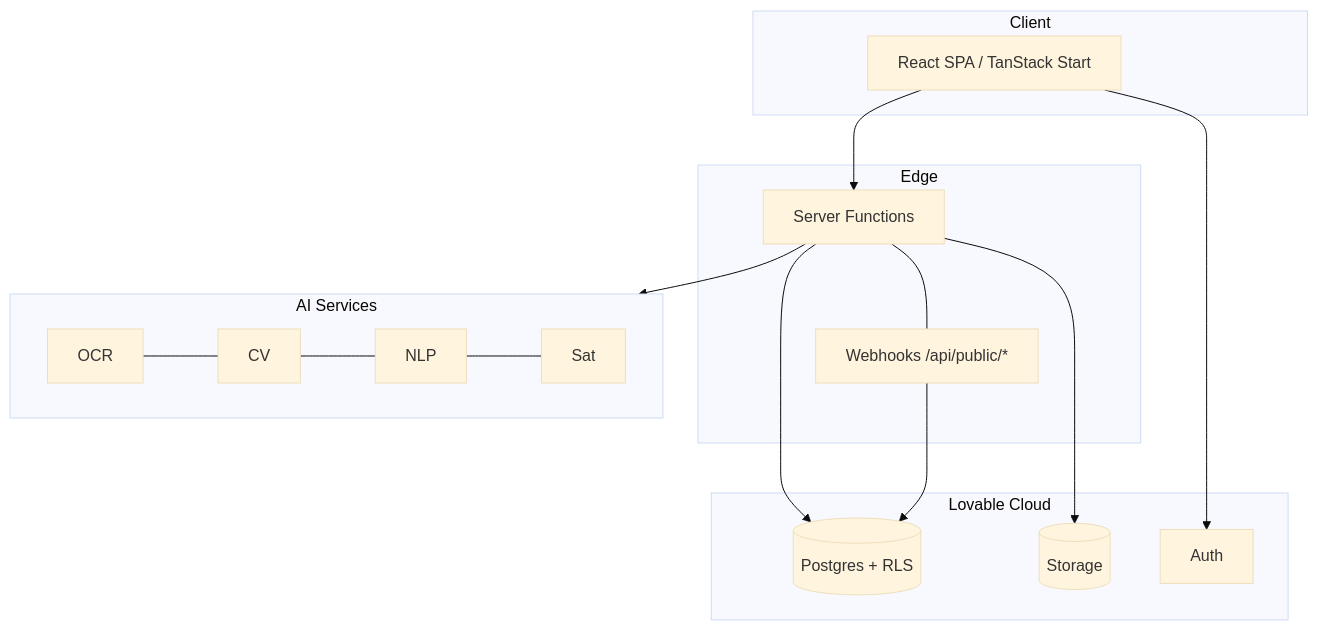
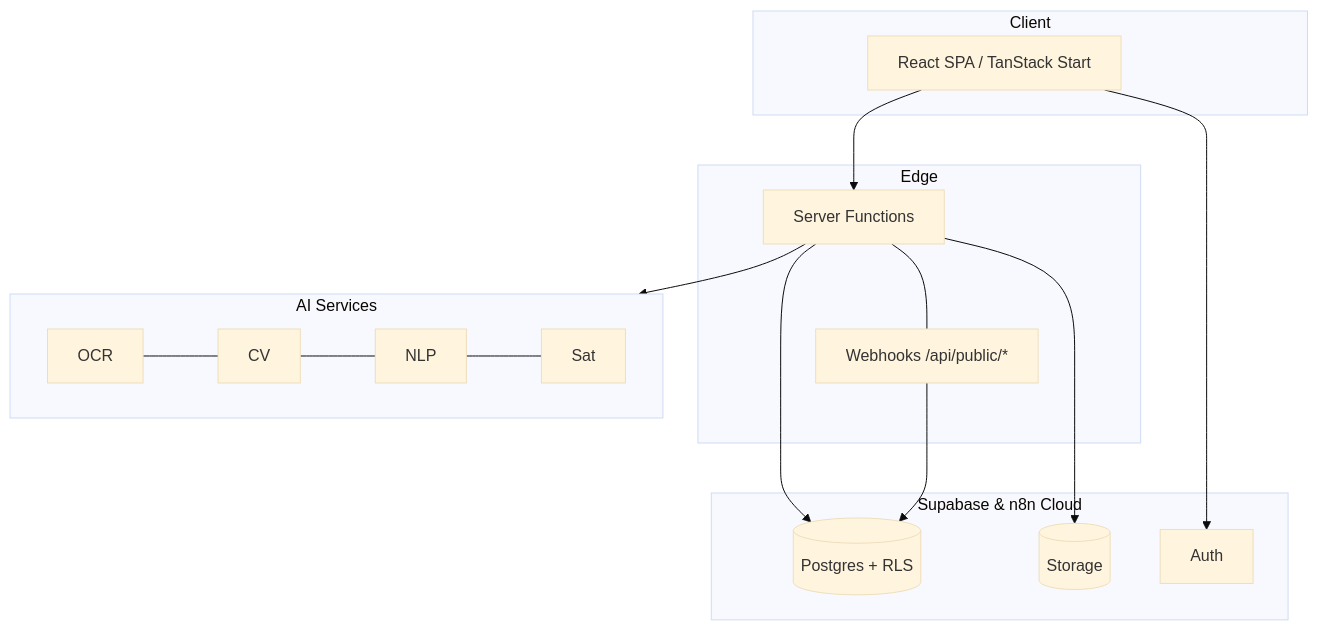
The eighth of 9 diagrams in DOCUMENTATION.md (vkashyapram-byte/terratrust-v2), drawn with Mermaid (base theme) before and after one commit. The commit also changed other lines of this file and 369 other files, not shown here.

````diff
--- a/DOCUMENTATION.md
+++ b/DOCUMENTATION.md
@@ -742,22 +657,22 @@
 ```mermaid
 flowchart TB
   subgraph Client
     UI[React SPA / TanStack Start]
   end
   subgraph Edge
     SF[Server Functions] --- Web[Webhooks /api/public/*]
   end
-  subgraph Cloud[Lovable Cloud]
+  subgraph Cloud[Supabase & n8n Cloud]
     DB[(Postgres + RLS)]
     Store[(Storage)]
     Auth[Auth]
   end
   subgraph AI[AI Services]
     OCR --- CV --- NLP --- Sat
   end
   UI --> SF --> DB
   UI --> Auth
   SF --> Store
   SF --> AI
   Web --> DB
 ```
````
